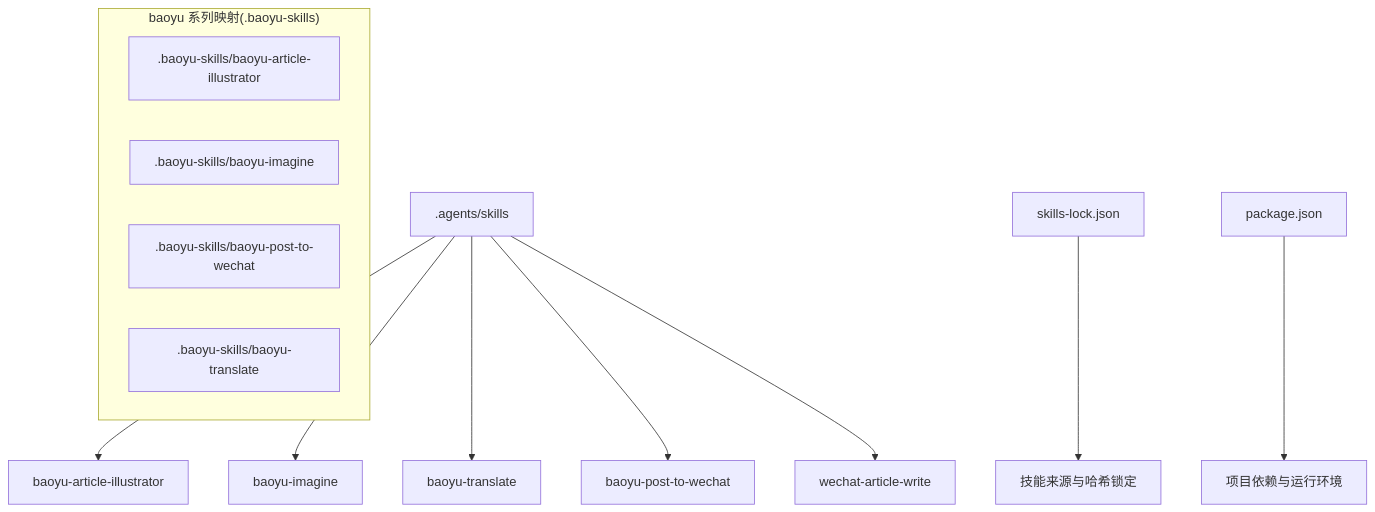
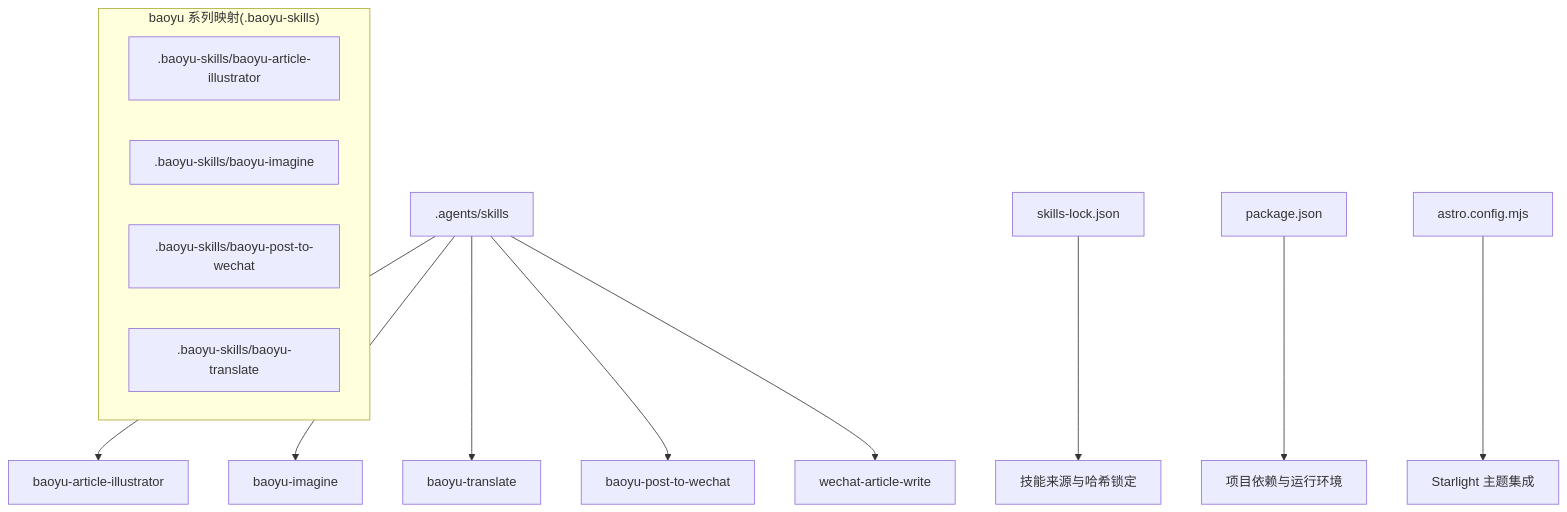
Before and after one commit to NTLx/ntlx.github.io: the first of 9 diagrams in .qoder/repowiki/zh/content/AI 技能系统/AI 技能系统.md, drawn with Mermaid. The commit also changed other lines of this file and 7 other files, not shown here.

````diff
--- a/.qoder/repowiki/zh/content/AI 技能系统/AI 技能系统.md
+++ b/.qoder/repowiki/zh/content/AI 技能系统/AI 技能系统.md
@@ -41,16 +52,17 @@
 ```mermaid
 graph TB
 A[".agents/skills"] --> B["baoyu-article-illustrator"]
 A --> C["baoyu-imagine"]
 A --> D["baoyu-translate"]
 A --> E["baoyu-post-to-wechat"]
 A --> F["wechat-article-write"]
 subgraph "baoyu 系列映射(.baoyu-skills)"
 G[".baoyu-skills/baoyu-article-illustrator"]
 H[".baoyu-skills/baoyu-imagine"]
 I[".baoyu-skills/baoyu-post-to-wechat"]
 J[".baoyu-skills/baoyu-translate"]
 end
 K["skills-lock.json"] --> L["技能来源与哈希锁定"]
 M["package.json"] --> N["项目依赖与运行环境"]
+O["astro.config.mjs"] --> P["Starlight 主题集成"]
 ```
````
